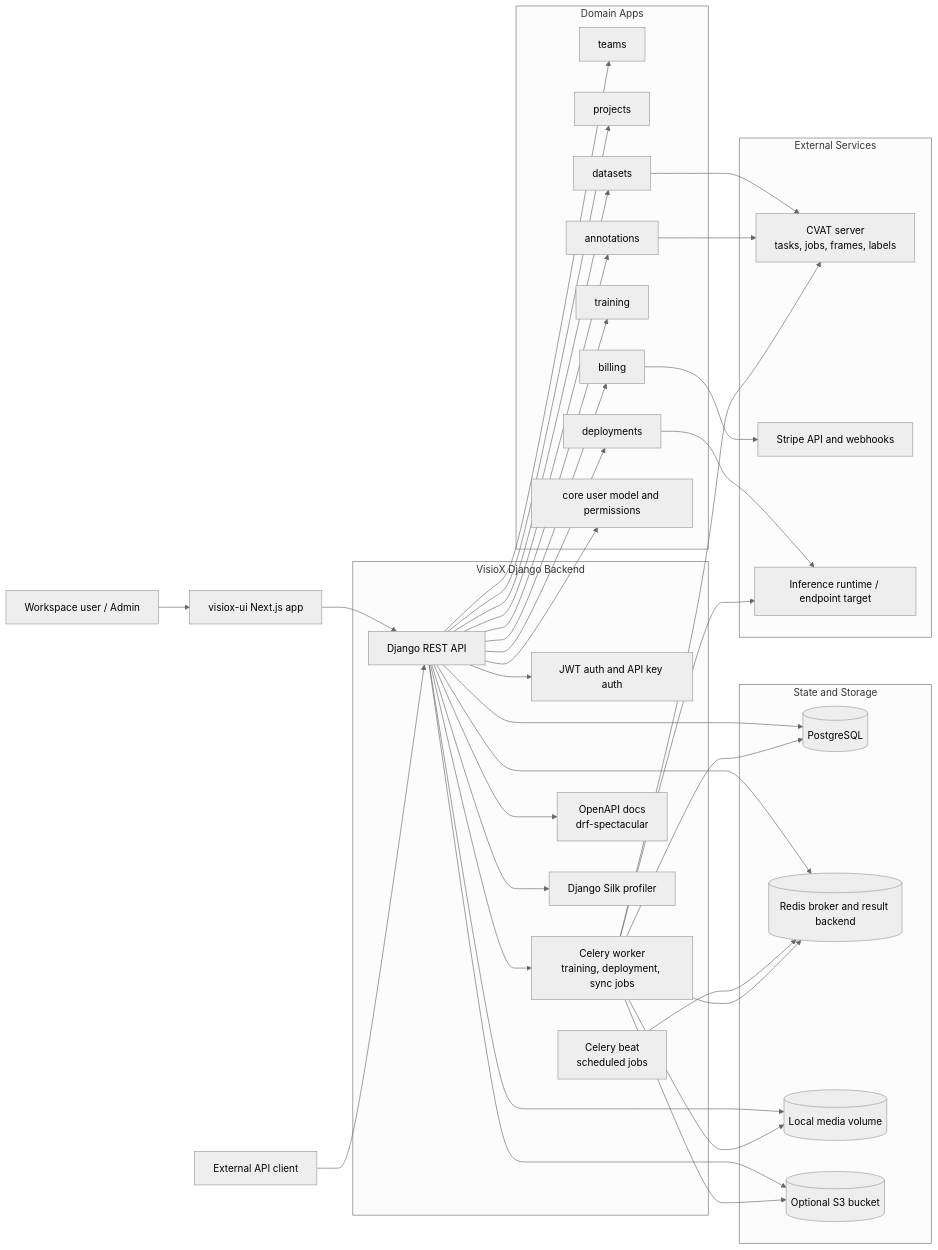
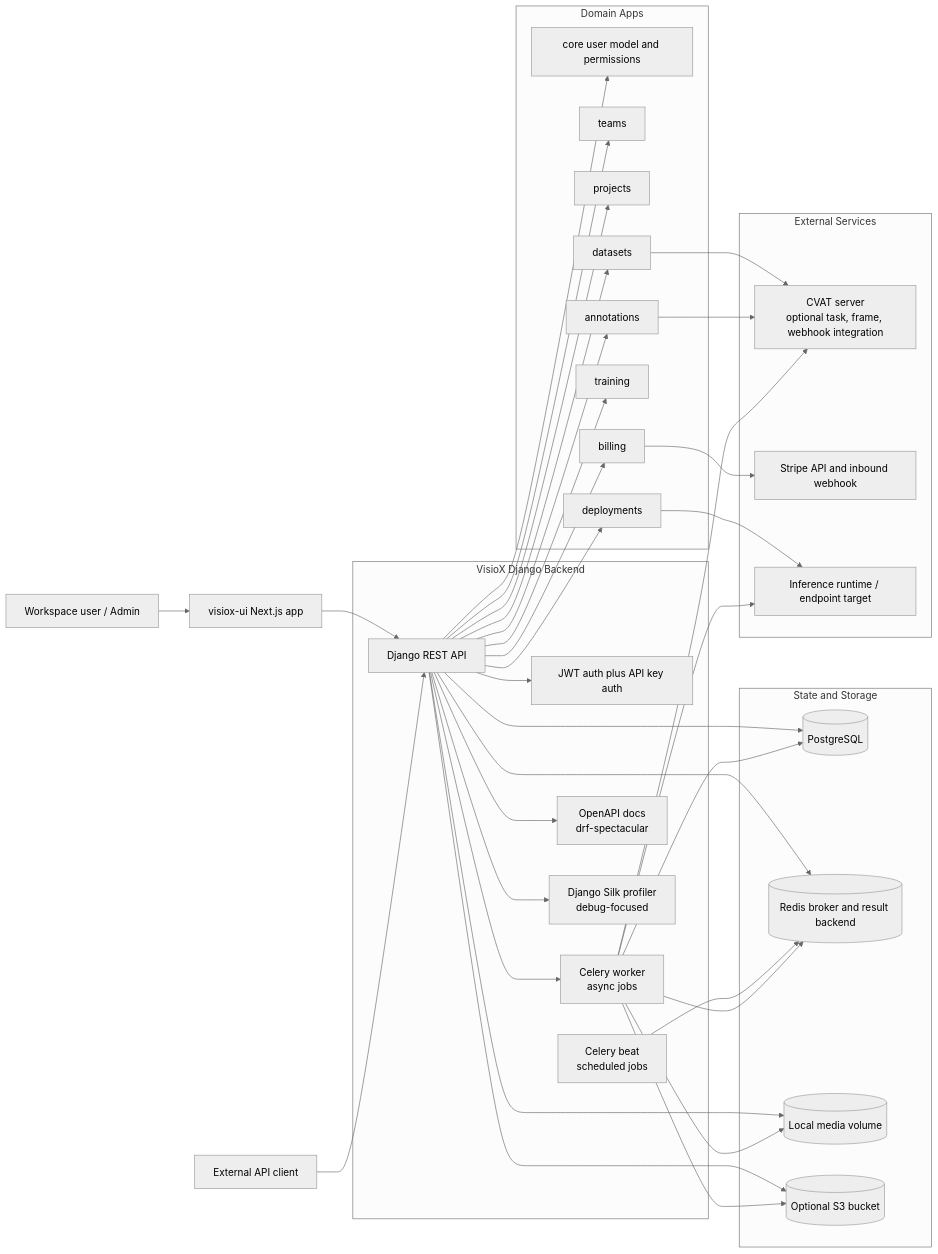
Before and after one commit to the-visiox/visiox: the first of 5 diagrams in ARCHITECTURE_DIAGRAMS.md, drawn with Mermaid (neutral theme). The commit also changed other lines of this file and 1 other file, not shown here.

````diff
--- a/ARCHITECTURE_DIAGRAMS.md
+++ b/ARCHITECTURE_DIAGRAMS.md
@@ -26,73 +34,74 @@
 ```mermaid
 flowchart LR
     User[Workspace user / Admin]
     Frontend[visiox-ui Next.js app]
     APIClient[External API client]
 
     subgraph Backend[VisioX Django Backend]
         API[Django REST API]
-        Auth[JWT auth and API key auth]
-        CeleryW["Celery worker<br/>training, deployment, sync jobs"]
+        Auth[JWT auth plus API key auth]
+        CeleryW["Celery worker<br/>async jobs"]
         CeleryB["Celery beat<br/>scheduled jobs"]
         Docs["OpenAPI docs<br/>drf-spectacular"]
-        Silk[Django Silk profiler]
+        Silk["Django Silk profiler<br/>debug-focused"]
     end
 
     subgraph Apps[Domain Apps]
+        Core[core user model and permissions]
         Teams[teams]
         Projects[projects]
         Datasets[datasets]
         Annotations[annotations]
         Training[training]
         Deployments[deployments]
         Billing[billing]
-        Core[core user model and permissions]
     end
 
     subgraph DataStores[State and Storage]
         PG[(PostgreSQL)]
         Redis[(Redis broker and result backend)]
         Media[(Local media volume)]
         S3[(Optional S3 bucket)]
     end
 
     subgraph External[External Services]
-        CVAT["CVAT server<br/>tasks, jobs, frames, labels"]
-        Stripe[Stripe API and webhooks]
+        CVAT["CVAT server<br/>optional task, frame, webhook integration"]
+        Stripe[Stripe API and inbound webhook]
         Inference["Inference runtime / endpoint target"]
     end
 
     User --> Frontend
     Frontend --> API
     APIClient --> API
 
     API --> Auth
     API --> Docs
     API --> Silk
     API --> Core
     API --> Teams
     API --> Projects
     API --> Datasets
     API --> Annotations
     API --> Training
     API --> Deployments
     API --> Billing
 
+    API --> PG
+    API --> Media
+    API --> S3
+    API --> Redis
+
     Datasets --> CVAT
     Annotations --> CVAT
     Billing --> Stripe
     Deployments --> Inference
 
-    API --> PG
-    API --> Media
-    API --> S3
-    API --> Redis
     API --> CeleryW
     CeleryB --> Redis
     CeleryW --> Redis
     CeleryW --> PG
     CeleryW --> Media
     CeleryW --> S3
     CeleryW --> CVAT
     CeleryW --> Inference
 ```
````
